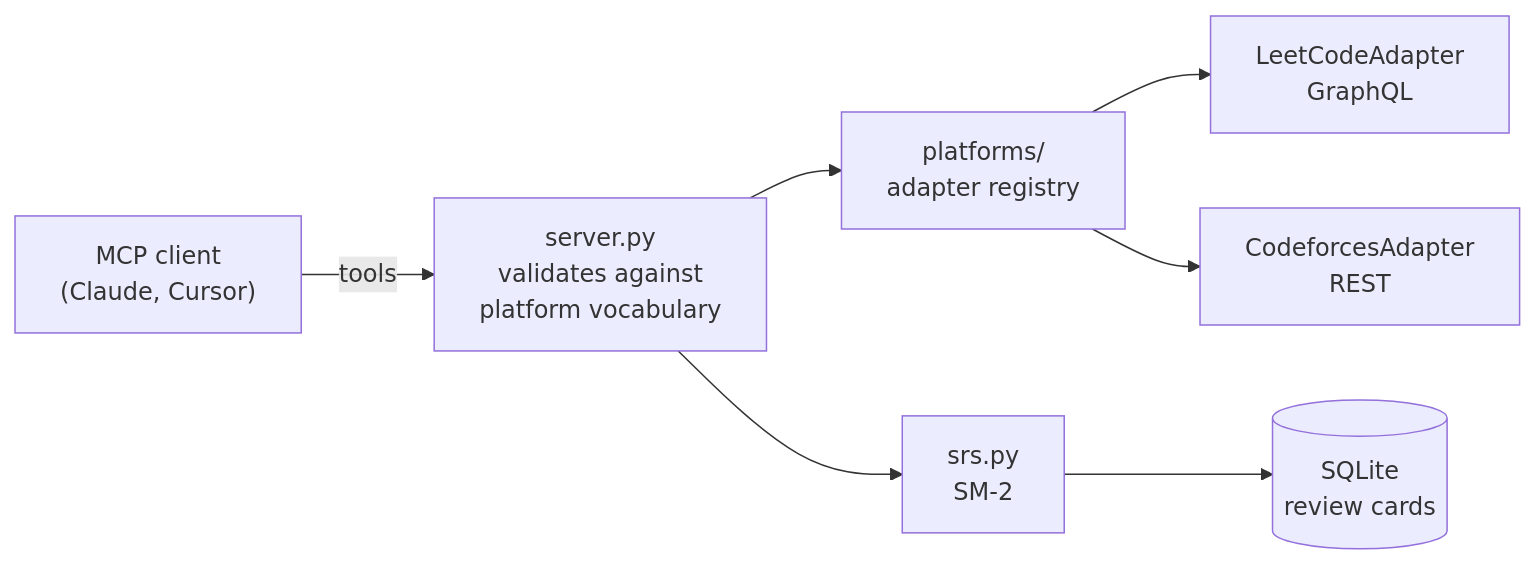
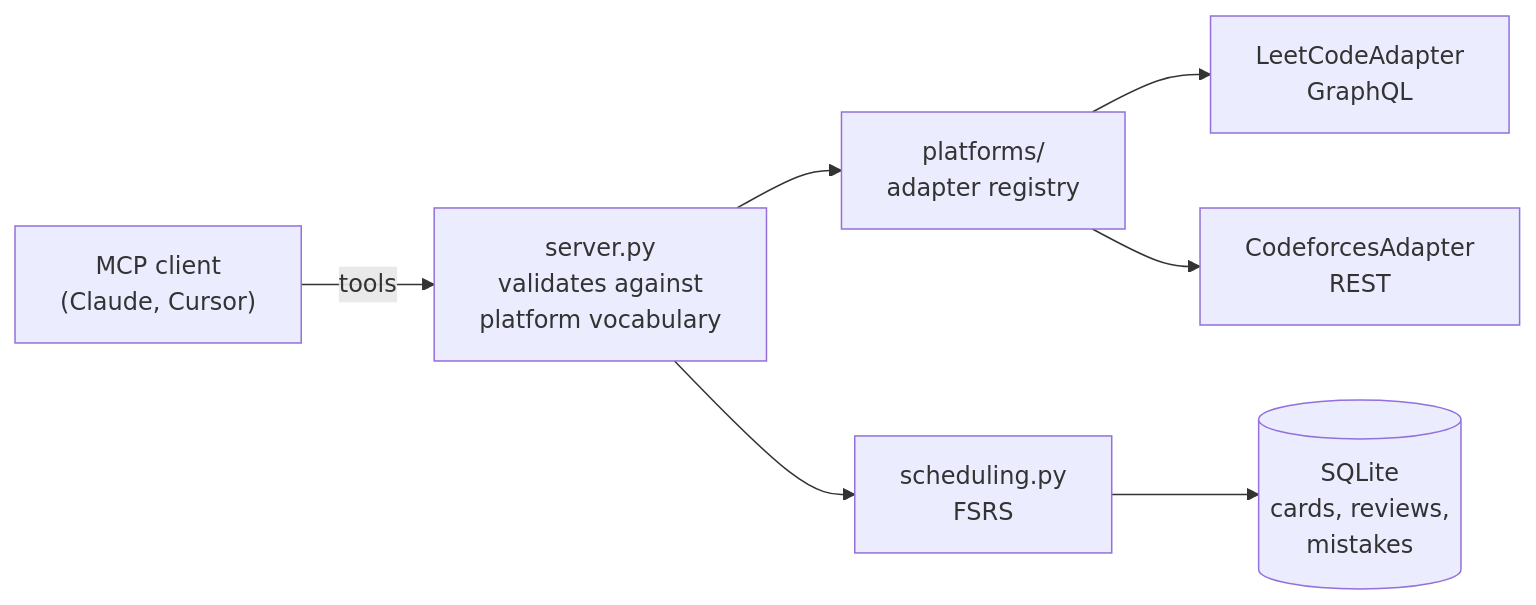
The diagram in README.md (aaryagodbole/dsa-coach-mcp), drawn with Mermaid before and after one commit. The commit also changed other lines of this file and 13 other files, not shown here.

First line of the commit message:
feat: FSRS scheduling, personalised to the user's own reviews (#8)

````diff
--- a/README.md
+++ b/README.md
@@ -39,8 +47,8 @@
 ```mermaid
 flowchart LR
     Client["MCP client<br/>(Claude, Cursor)"] -->|tools| Server["server.py<br/>validates against<br/>platform vocabulary"]
     Server --> Registry["platforms/<br/>adapter registry"]
     Registry --> LC["LeetCodeAdapter<br/>GraphQL"]
     Registry --> CF["CodeforcesAdapter<br/>REST"]
-    Server --> SRS["srs.py<br/>SM-2"] --> Store[("SQLite<br/>review cards")]
+    Server --> SRS["scheduling.py<br/>FSRS"] --> Store[("SQLite<br/>cards, reviews,<br/>mistakes")]
 ```
````
